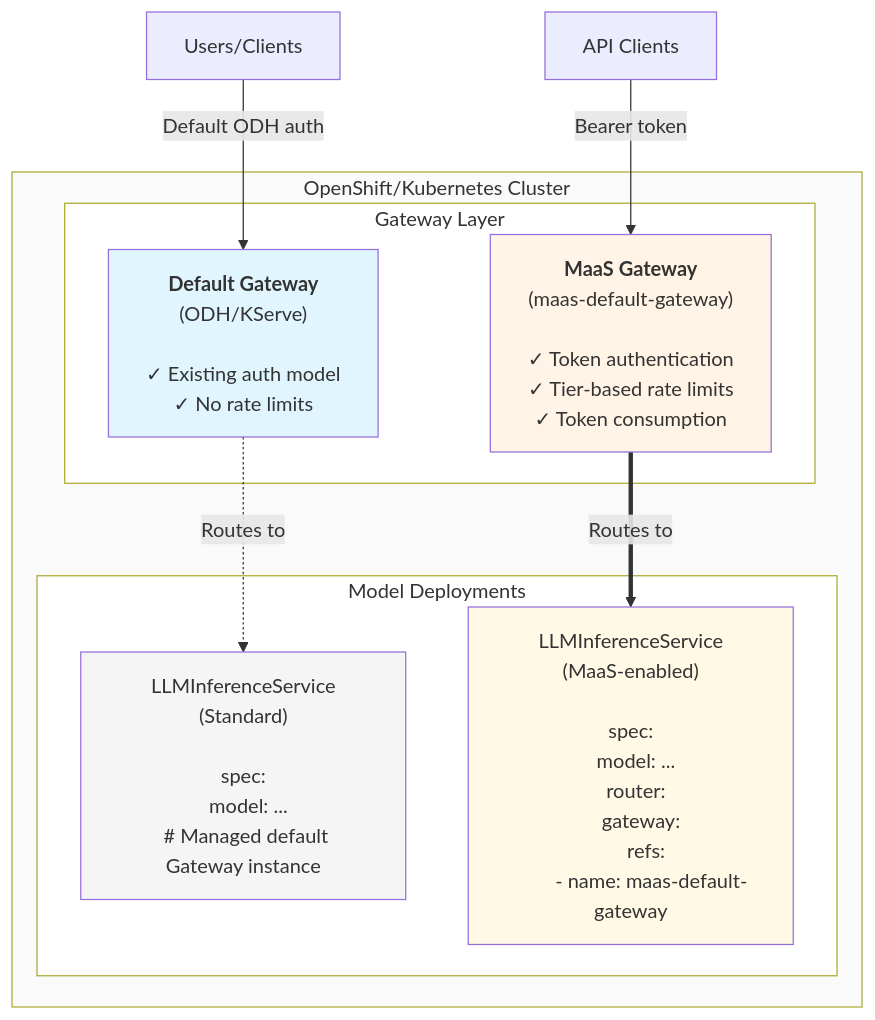
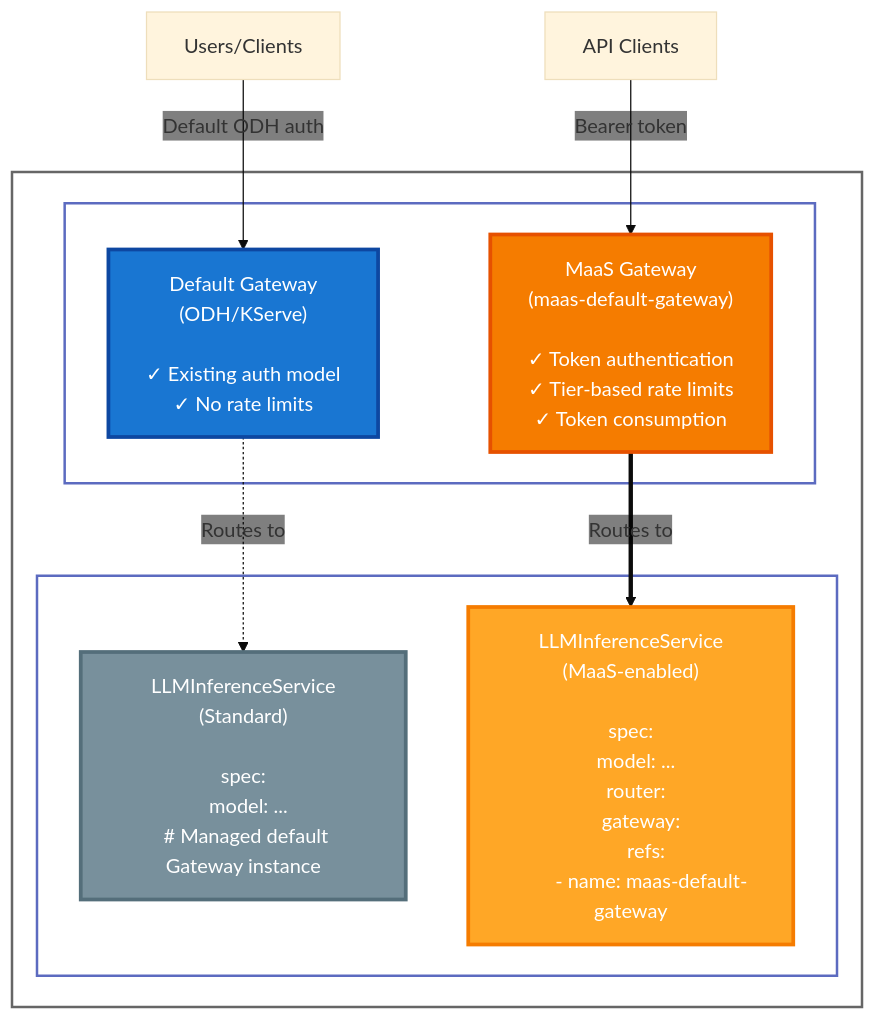
The diagram in docs/content/configuration-and-management/model-setup.md (yossiovadia/maas-billing), drawn with Mermaid before and after one commit.

First paragraph of the commit message:
docs: improve gateway architecture diagram to be dark-mode friendly (#317)
The diagram uses light colors that don't work well in dark mode. This PR
improves it.

````diff
--- a/docs/content/configuration-and-management/model-setup.md
+++ b/docs/content/configuration-and-management/model-setup.md
@@ -9,28 +9,29 @@
 ```mermaid
+%%{init: {'theme':'base', 'themeVariables': { 'fontSize':'16px', 'fontFamily':'system-ui, -apple-system, sans-serif', 'edgeLabelBackground':'transparent', 'labelBackground':'transparent', 'tertiaryColor':'transparent'}}}%%
 graph TB
-    subgraph cluster["OpenShift/Kubernetes Cluster"]
+    subgraph cluster["OpenShift/K8s Cluster"]
         subgraph gateways["Gateway Layer"]
-            defaultGW["<b>Default Gateway</b><br/>(ODH/KServe)<br/><br/>✓ Existing auth model<br/>✓ No rate limits<br/>"]
-            maasGW["<b>MaaS Gateway</b><br/>(maas-default-gateway)<br/><br/>✓ Token authentication<br/>✓ Tier-based rate limits<br/>✓ Token consumption "]
+            defaultGW["Default Gateway<br/>(ODH/KServe)<br/><br/>✓ Existing auth model<br/>✓ No rate limits<br/>"]
+            maasGW["MaaS Gateway<br/>(maas-default-gateway)<br/><br/>✓ Token authentication<br/>✓ Tier-based rate limits<br/>✓ Token consumption "]
         end
 
         subgraph models["Model Deployments"]
             standardModel["LLMInferenceService<br/>(Standard)<br/><br/>spec:<br/>  model: ...<br/>  # Managed default Gateway instance"]
             maasModel["LLMInferenceService<br/>(MaaS-enabled)<br/><br/>spec:<br/>  model: ...<br/>  router:<br/>    gateway:<br/>      refs:<br/>        - name: maas-default-gateway"]
         end
 
-        defaultGW -.->|"Routes to"| standardModel
-        maasGW ==>|"Routes to"| maasModel
+        defaultGW -.->|Routes to| standardModel
+        maasGW ==>|Routes to| maasModel
     end
 
-    users["Users/Clients"] -->|"Default ODH auth"| defaultGW
-    apiUsers["API Clients"] -->|"Bearer token"| maasGW
+    users["Users/Clients"] -->|Default ODH auth| defaultGW
+    apiUsers["API Clients"] -->|Bearer token| maasGW
 
-    style defaultGW fill:#e1f5ff
-    style maasGW fill:#fff4e6
-    style standardModel fill:#f5f5f5
-    style maasModel fill:#fff9e6
-    style cluster fill:#fafafa
-    style gateways fill:#ffffff
-    style models fill:#ffffff
+    style defaultGW fill:#1976d2,stroke:#0d47a1,stroke-width:3px,color:#fff
+    style maasGW fill:#f57c00,stroke:#e65100,stroke-width:3px,color:#fff
+    style standardModel fill:#78909c,stroke:#546e7a,stroke-width:3px,color:#fff
+    style maasModel fill:#ffa726,stroke:#f57c00,stroke-width:3px,color:#fff
+    style cluster fill:none,stroke:#666,stroke-width:2px
+    style gateways fill:none,stroke:#5c6bc0,stroke-width:2px
+    style models fill:none,stroke:#5c6bc0,stroke-width:2px
 ```
````
